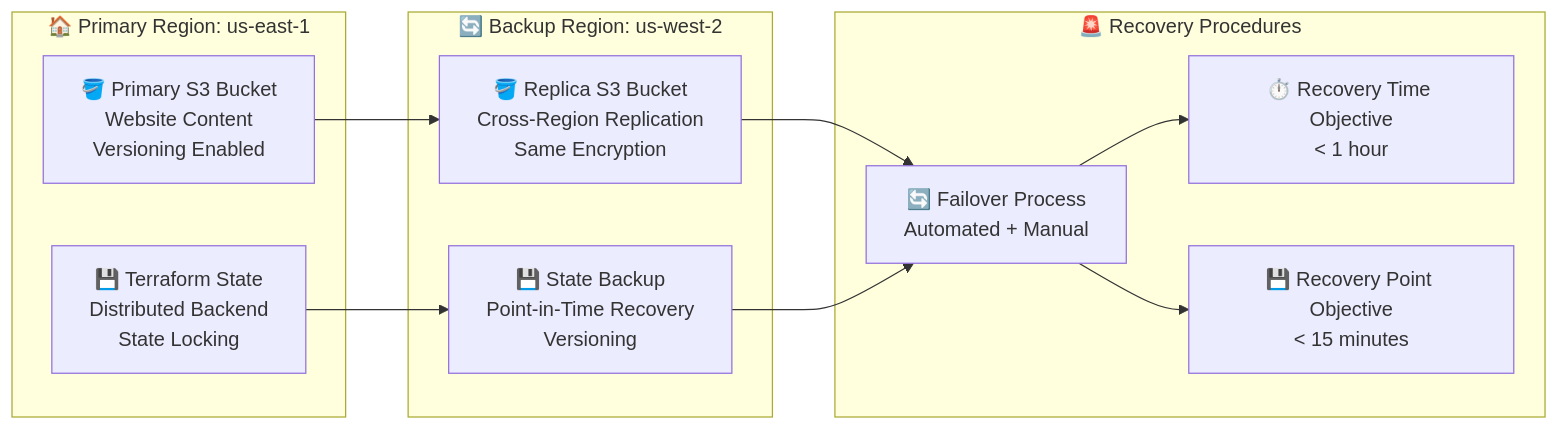
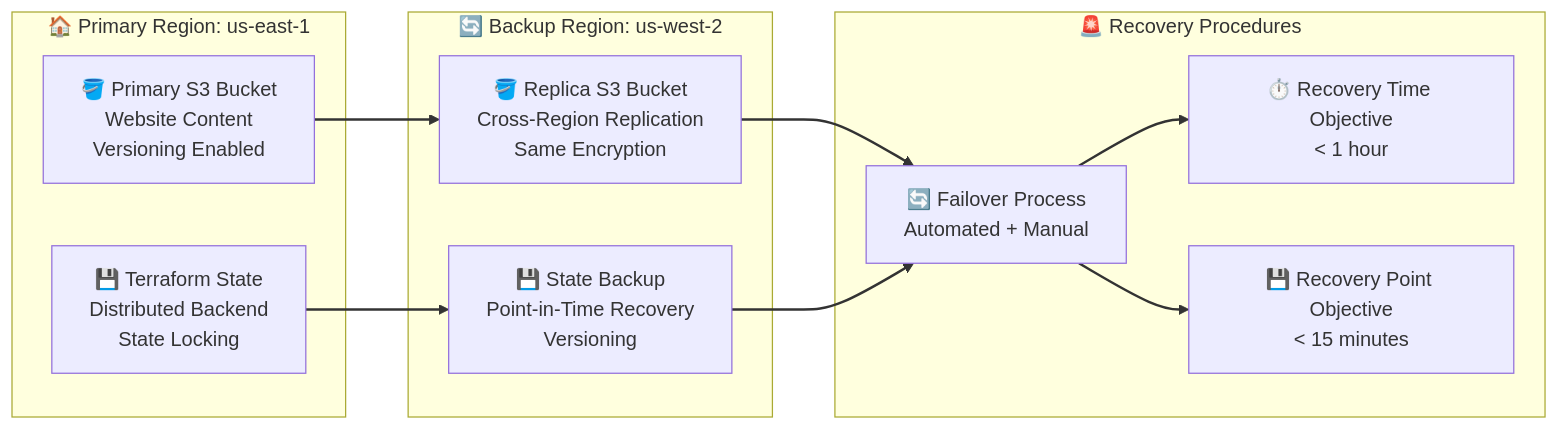
The eighth of 8 diagrams in docs/architecture.md (Celtikill/static-site), drawn with Mermaid before and after one commit. The commit also changed other lines of this file and 17 other files, not shown here.

````diff
--- a/docs/architecture.md
+++ b/docs/architecture.md
@@ -316,27 +394,36 @@
 ```mermaid
+%%{init: {'theme':'default', 'themeVariables': {'fontSize':'16px'}}}%%
 graph LR
+    accTitle: "Disaster Recovery and Backup Strategy"
+    accDescr: "Multi-region disaster recovery architecture with cross-region replication. Primary region (us-east-1) contains primary S3 bucket with website content and versioning enabled, plus Terraform state with distributed backend and state locking. Backup region (us-west-2) maintains replica S3 bucket with cross-region replication and same encryption settings, plus state backup with point-in-time recovery and versioning. Recovery procedures define Recovery Time Objective under 1 hour and Recovery Point Objective under 15 minutes. Failover process supports both automated and manual failover between regions. S3 primary continuously replicates to replica bucket, Terraform state backs up to state backup. Both backup systems feed into failover process to meet RTO and RPO objectives. Provides business continuity and data protection following AWS Well-Architected reliability pillar."
+
     subgraph Primary["🏠 Primary Region: us-east-1"]
         S3Primary["🪣 Primary S3 Bucket<br/>Website Content<br/>Versioning Enabled"]
         StatePrimary["💾 Terraform State<br/>Distributed Backend<br/>State Locking"]
     end
 
     subgraph Backup["🔄 Backup Region: us-west-2"]
         S3Replica["🪣 Replica S3 Bucket<br/>Cross-Region Replication<br/>Same Encryption"]
         StateBackup["💾 State Backup<br/>Point-in-Time Recovery<br/>Versioning"]
     end
 
     subgraph Recovery["🚨 Recovery Procedures"]
         RTO["⏱️ Recovery Time Objective<br/>< 1 hour"]
         RPO["💾 Recovery Point Objective<br/>< 15 minutes"]
         Failover["🔄 Failover Process<br/>Automated + Manual"]
     end
 
     S3Primary --> S3Replica
     StatePrimary --> StateBackup
     S3Replica --> Failover
     StateBackup --> Failover
     Failover --> RTO
     Failover --> RPO
 
-
+    linkStyle 0 stroke:#333333,stroke-width:2px
+    linkStyle 1 stroke:#333333,stroke-width:2px
+    linkStyle 2 stroke:#333333,stroke-width:2px
+    linkStyle 3 stroke:#333333,stroke-width:2px
+    linkStyle 4 stroke:#333333,stroke-width:2px
+    linkStyle 5 stroke:#333333,stroke-width:2px
 ```
````
